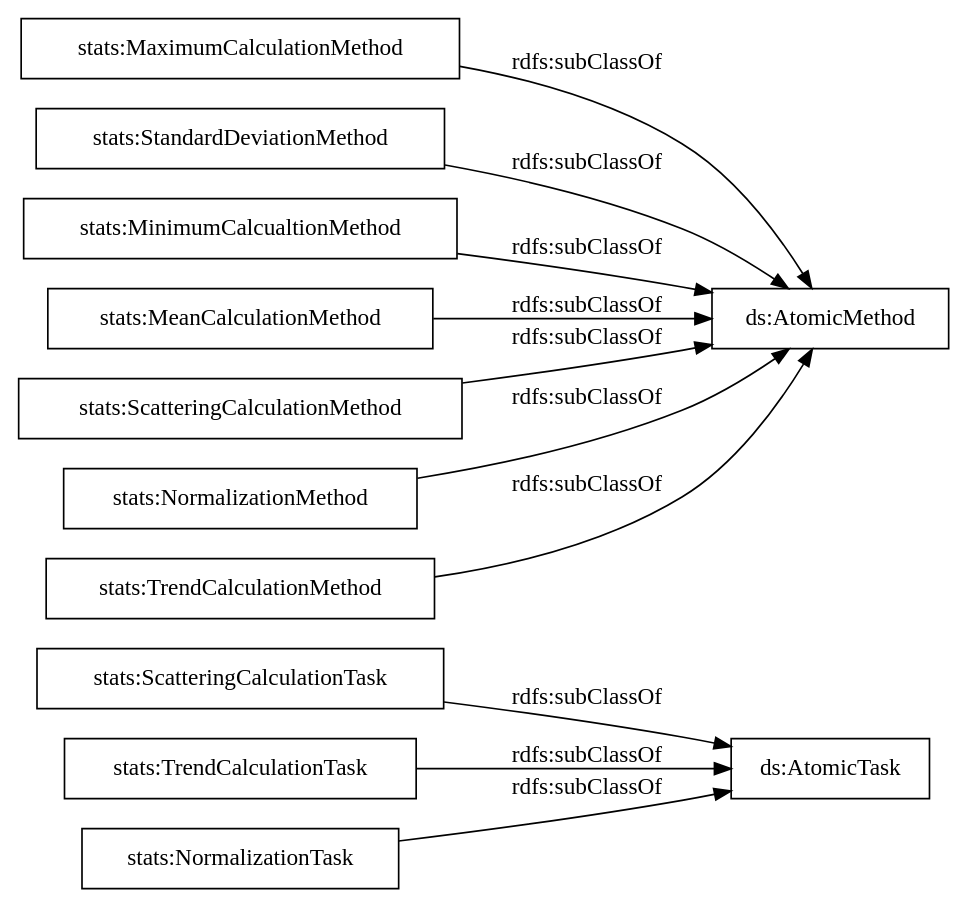
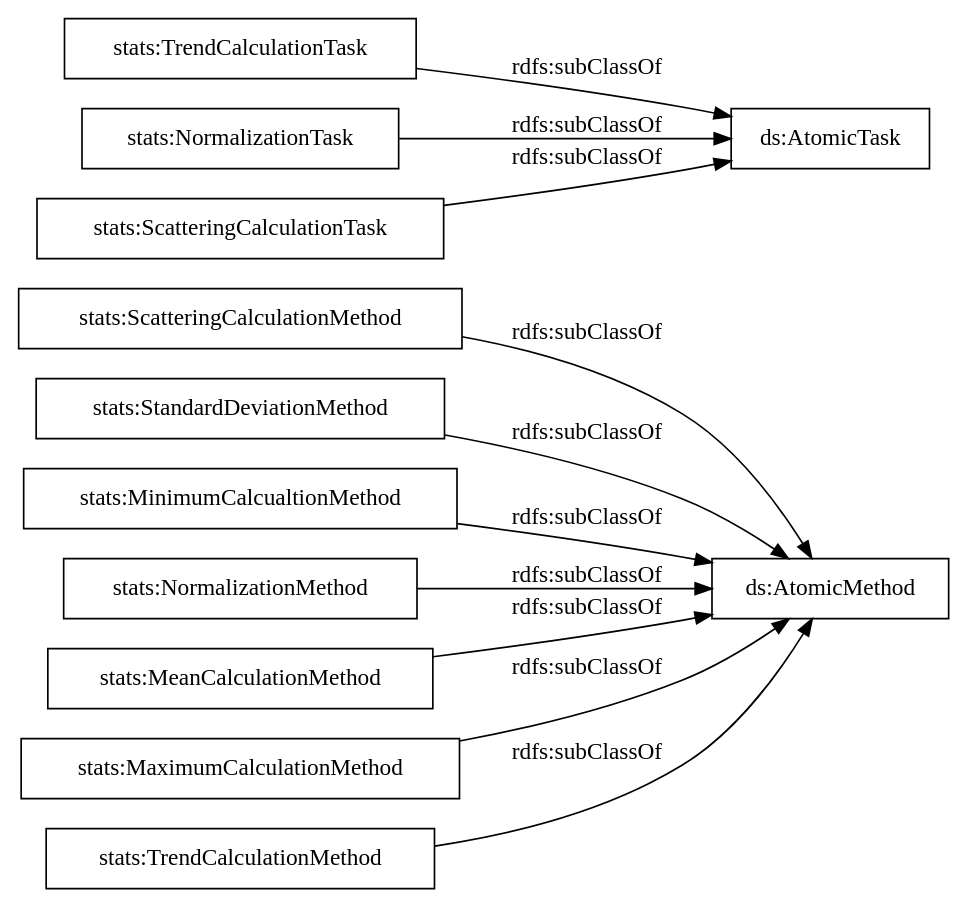
One commit to nsai-uio/ExeKGOntology changed the diagram in OnToology/stats_exeKGOntology.ttl/diagrams/ar2dtool-taxonomy/stats_exeKGOntology.ttl.png.dot. Above: the diagram before and after it, drawn with Graphviz. The commit also changed 37 other files, not shown here.

```diff
--- a/OnToology/stats_exeKGOntology.ttl/diagrams/ar2dtool-taxonomy/stats_exeKGOntology.ttl.png.dot
+++ b/OnToology/stats_exeKGOntology.ttl/diagrams/ar2dtool-taxonomy/stats_exeKGOntology.ttl.png.dot
@@ -1,16 +1,16 @@
 digraph ar2dtool_diagram { 
 rankdir=LR;
 size="1000"
-node [shape = rectangle, color="black"]; "stats:ScatteringCalculationTask" "stats:MaximumCalculationMethod" "stats:StandardDeviationMethod" "stats:MinimumCalcualtionMethod" "stats:MeanCalculationMethod" "stats:ScatteringCalculationMethod" "stats:TrendCalculationTask" "stats:NormalizationMethod" "stats:TrendCalculationMethod" "stats:NormalizationTask" ; /*classes style*/
-	"stats:MinimumCalcualtionMethod" -> "ds:AtomicMethod" [ label = "rdfs:subClassOf" ];
-	"stats:StandardDeviationMethod" -> "ds:AtomicMethod" [ label = "rdfs:subClassOf" ];
-	"stats:ScatteringCalculationTask" -> "ds:AtomicTask" [ label = "rdfs:subClassOf" ];
-	"stats:NormalizationTask" -> "ds:AtomicTask" [ label = "rdfs:subClassOf" ];
-	"stats:ScatteringCalculationMethod" -> "ds:AtomicMethod" [ label = "rdfs:subClassOf" ];
-	"stats:TrendCalculationTask" -> "ds:AtomicTask" [ label = "rdfs:subClassOf" ];
+node [shape = rectangle, color="black"]; "stats:ScatteringCalculationMethod" "stats:StandardDeviationMethod" "stats:TrendCalculationTask" "stats:NormalizationTask" "stats:MinimumCalcualtionMethod" "stats:NormalizationMethod" "stats:ScatteringCalculationTask" "stats:MeanCalculationMethod" "stats:MaximumCalculationMethod" "stats:TrendCalculationMethod" ; /*classes style*/
 	"stats:NormalizationMethod" -> "ds:AtomicMethod" [ label = "rdfs:subClassOf" ];
 	"stats:TrendCalculationMethod" -> "ds:AtomicMethod" [ label = "rdfs:subClassOf" ];
 	"stats:MeanCalculationMethod" -> "ds:AtomicMethod" [ label = "rdfs:subClassOf" ];
+	"stats:TrendCalculationTask" -> "ds:AtomicTask" [ label = "rdfs:subClassOf" ];
+	"stats:NormalizationTask" -> "ds:AtomicTask" [ label = "rdfs:subClassOf" ];
+	"stats:ScatteringCalculationMethod" -> "ds:AtomicMethod" [ label = "rdfs:subClassOf" ];
+	"stats:StandardDeviationMethod" -> "ds:AtomicMethod" [ label = "rdfs:subClassOf" ];
 	"stats:MaximumCalculationMethod" -> "ds:AtomicMethod" [ label = "rdfs:subClassOf" ];
+	"stats:ScatteringCalculationTask" -> "ds:AtomicTask" [ label = "rdfs:subClassOf" ];
+	"stats:MinimumCalcualtionMethod" -> "ds:AtomicMethod" [ label = "rdfs:subClassOf" ];
 
 }
```
